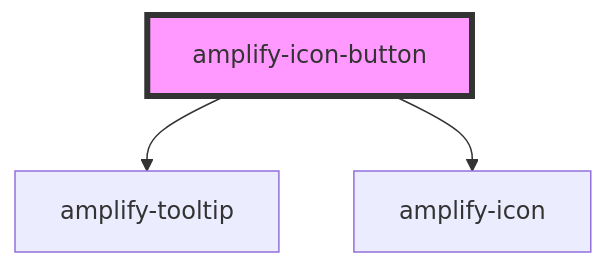
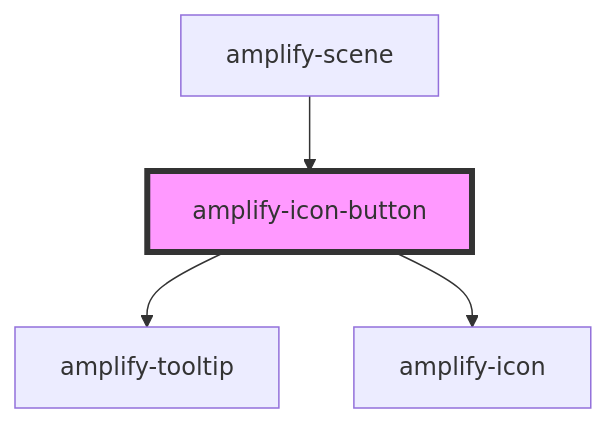
The diagram in packages/amplify-ui-components/src/components/amplify-icon-button/readme.md (aws-amplify/amplify-js), drawn with Mermaid before and after one commit. The commit also changed other lines of this file and 15 other files, not shown here.

Commit message:
Base work for amplify-scene and amplify-scene-loading

````diff
--- a/packages/amplify-ui-components/src/components/amplify-icon-button/readme.md
+++ b/packages/amplify-ui-components/src/components/amplify-icon-button/readme.md
@@ -23,6 +27,7 @@
 ```mermaid
 graph TD;
   amplify-icon-button --> amplify-tooltip
   amplify-icon-button --> amplify-icon
+  amplify-scene --> amplify-icon-button
   style amplify-icon-button fill:#f9f,stroke:#333,stroke-width:4px
 ```
````
